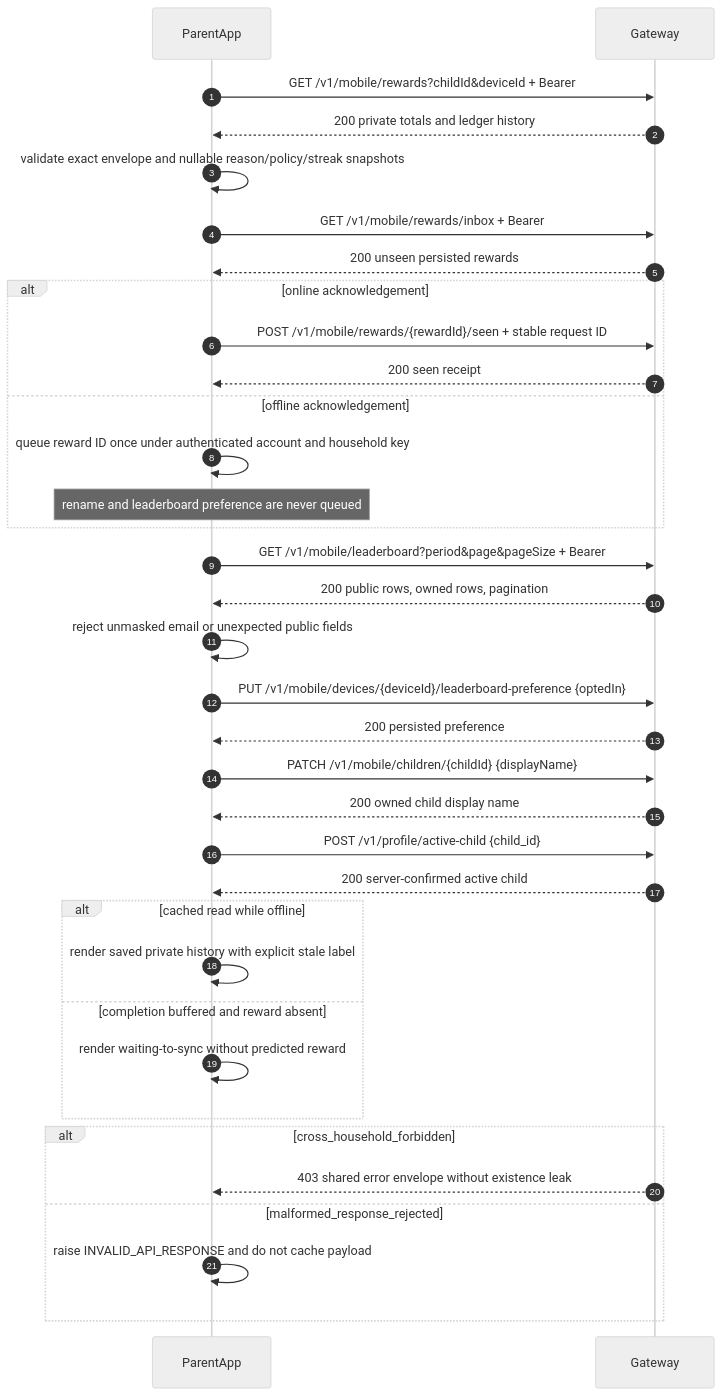
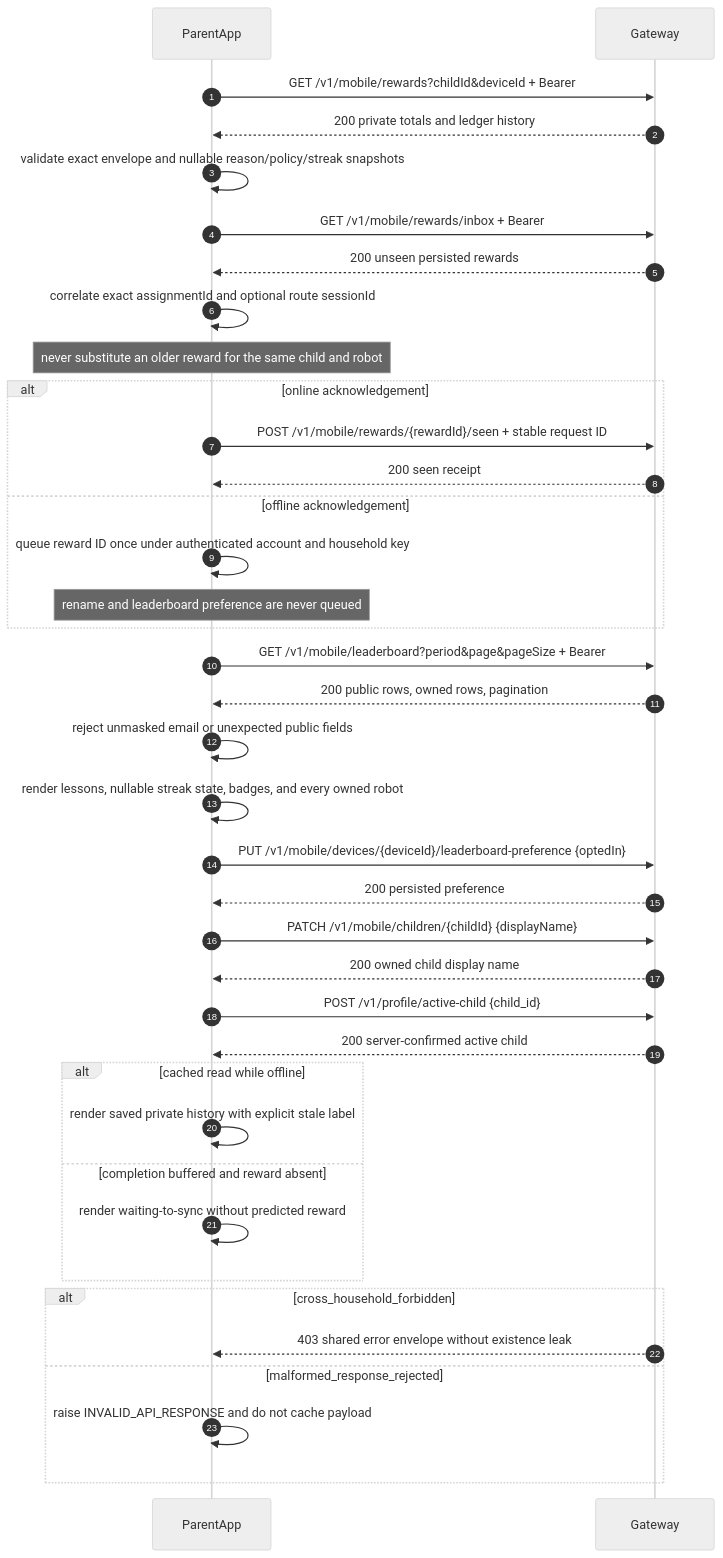
One commit to JSR-Algo/TJBOT-Mobile changed the diagram in migrate-ui-ux-to-mobile-app-docs/sequences/16-mobile/rewards-and-leaderboard-mobile.sequence.mmd. Above: the diagram before and after it, drawn with Mermaid (neutral theme). The commit also changed 14 other files, not shown here.

First line of the commit message:
fix(rewards): correlate and complete mobile reward surfaces

```diff
--- a/migrate-ui-ux-to-mobile-app-docs/sequences/16-mobile/rewards-and-leaderboard-mobile.sequence.mmd
+++ b/migrate-ui-ux-to-mobile-app-docs/sequences/16-mobile/rewards-and-leaderboard-mobile.sequence.mmd
@@ -1,66 +1,69 @@
 ---
 system: sys-16-parent-mobile-application
 flow_id: rewards-and-leaderboard-mobile
 surface: mobile
 spec_anchor: /software/systems/16-parent-mobile-application
 actors: [ParentApp, Gateway]
 apis:
   - GET /v1/mobile/rewards
   - GET /v1/mobile/rewards/inbox
   - POST /v1/mobile/rewards/{rewardId}/seen
   - GET /v1/mobile/leaderboard
   - PUT /v1/mobile/devices/{deviceId}/leaderboard-preference
   - PATCH /v1/mobile/children/{childId}
   - POST /v1/profile/active-child
 externals: []
 queues: [reward-seen-local-queue]
 failure_paths:
   - malformed_response_rejected
   - cross_household_forbidden
   - offline_seen_ack_queued
 idempotency: reward seen acknowledgement uses a stable reward-derived request ID; preference and child-name mutations are never queued
 retry: cached reads may refresh after reconnect; only reward seen acknowledgement replays from the account-and-household-partitioned local queue
 timeout: authenticated HTTP client default 30 seconds
 status: final
 ---
 sequenceDiagram
     autonumber
     participant ParentApp
     participant Gateway
 
     ParentApp->>Gateway: GET /v1/mobile/rewards?childId&deviceId + Bearer
     Gateway-->>ParentApp: 200 private totals and ledger history
     ParentApp->>ParentApp: validate exact envelope and nullable reason/policy/streak snapshots
 
     ParentApp->>Gateway: GET /v1/mobile/rewards/inbox + Bearer
     Gateway-->>ParentApp: 200 unseen persisted rewards
+    ParentApp->>ParentApp: correlate exact assignmentId and optional route sessionId
+    Note over ParentApp: never substitute an older reward for the same child and robot
     alt online acknowledgement
         ParentApp->>Gateway: POST /v1/mobile/rewards/{rewardId}/seen + stable request ID
         Gateway-->>ParentApp: 200 seen receipt
     else offline acknowledgement
         ParentApp->>ParentApp: queue reward ID once under authenticated account and household key
         Note over ParentApp: rename and leaderboard preference are never queued
     end
 
     ParentApp->>Gateway: GET /v1/mobile/leaderboard?period&page&pageSize + Bearer
     Gateway-->>ParentApp: 200 public rows, owned rows, pagination
     ParentApp->>ParentApp: reject unmasked email or unexpected public fields
+    ParentApp->>ParentApp: render lessons, nullable streak state, badges, and every owned robot
 
     ParentApp->>Gateway: PUT /v1/mobile/devices/{deviceId}/leaderboard-preference {optedIn}
     Gateway-->>ParentApp: 200 persisted preference
     ParentApp->>Gateway: PATCH /v1/mobile/children/{childId} {displayName}
     Gateway-->>ParentApp: 200 owned child display name
     ParentApp->>Gateway: POST /v1/profile/active-child {child_id}
     Gateway-->>ParentApp: 200 server-confirmed active child
 
     alt cached read while offline
         ParentApp->>ParentApp: render saved private history with explicit stale label
     else completion buffered and reward absent
         ParentApp->>ParentApp: render waiting-to-sync without predicted reward
     end
 
     alt cross_household_forbidden
         Gateway-->>ParentApp: 403 shared error envelope without existence leak
     else malformed_response_rejected
         ParentApp->>ParentApp: raise INVALID_API_RESPONSE and do not cache payload
     end
```
